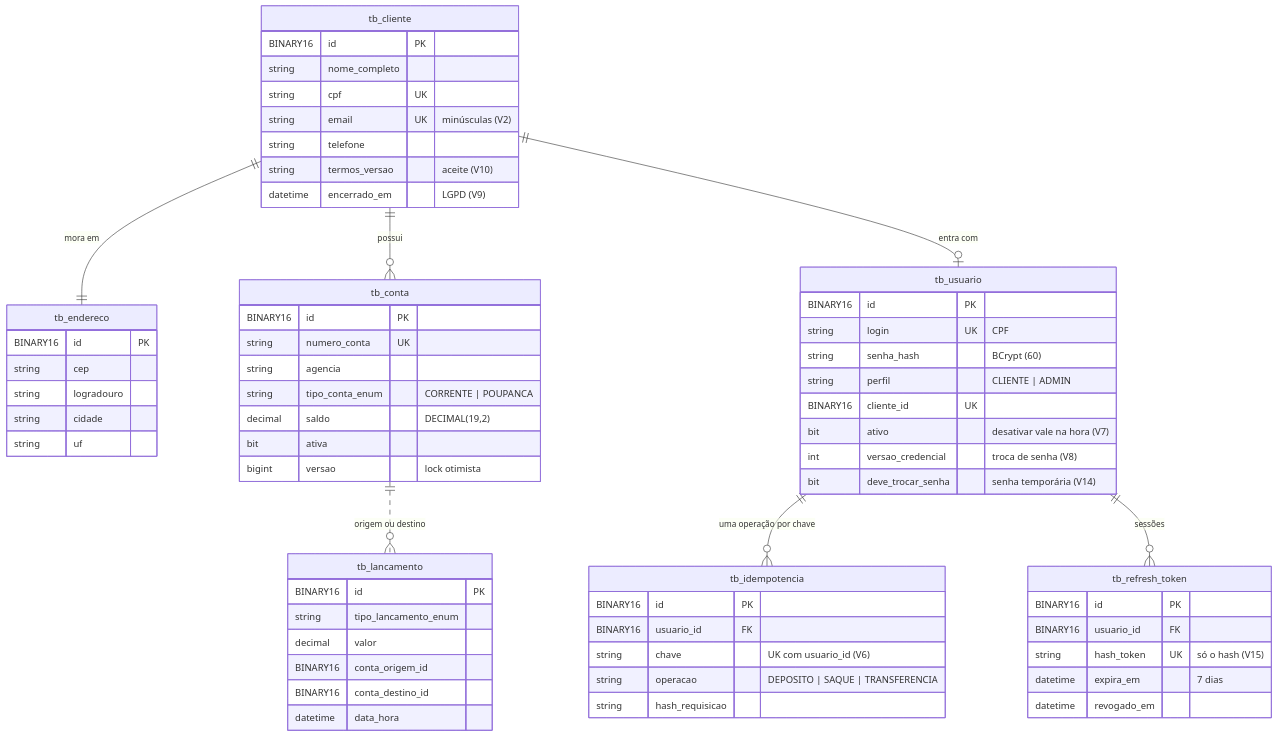
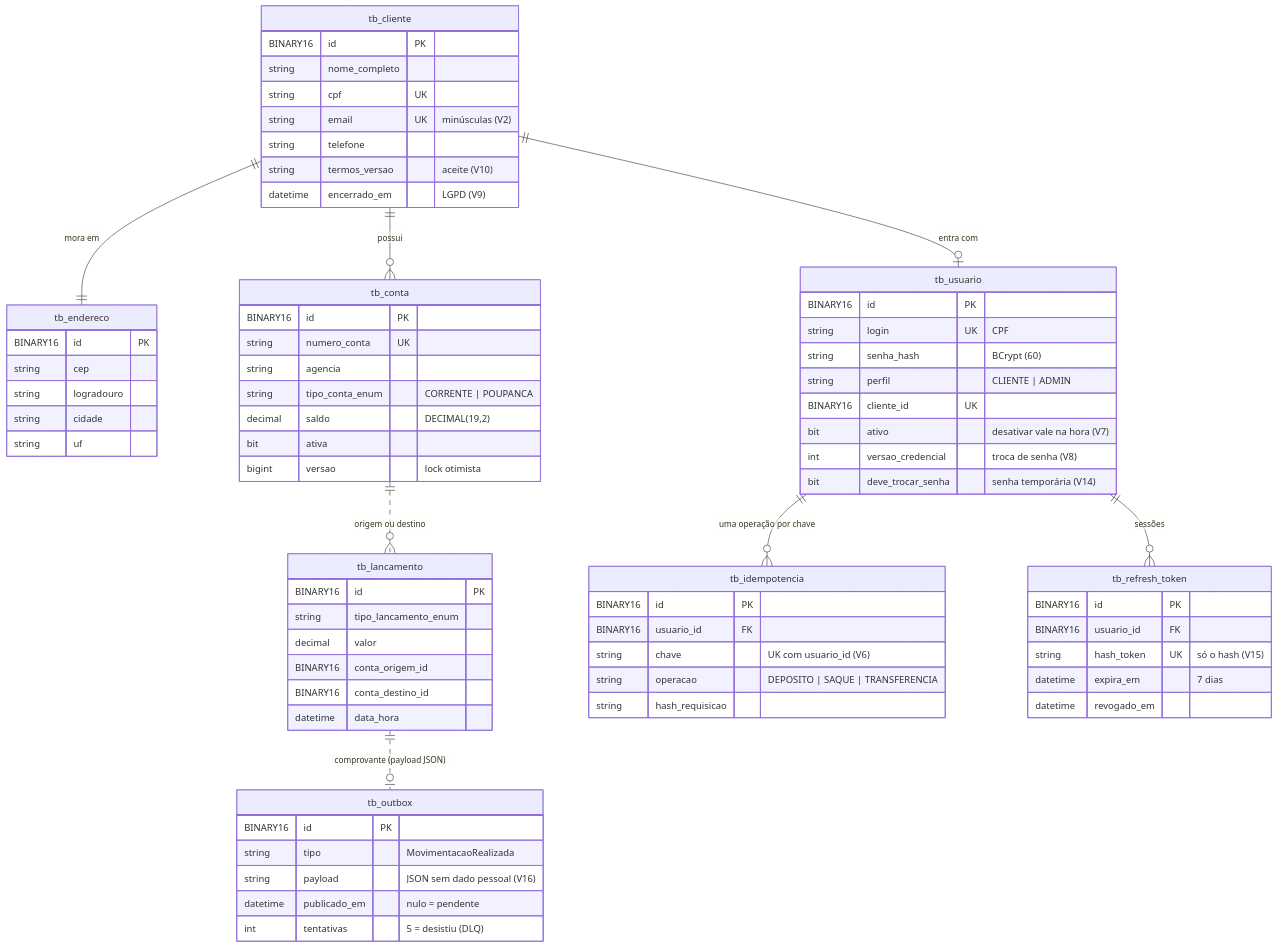
Diagram 11 of 17 in README.md (k3vinrich4rd/rkf_bank), drawn with Mermaid before and after one commit. The commit also changed other lines of this file and 17 other files, not shown here.

````diff
--- a/README.md
+++ b/README.md
@@ -1028,66 +1067,74 @@
 ```mermaid
 erDiagram
     tb_cliente ||--|| tb_endereco : "mora em"
     tb_cliente ||--o{ tb_conta : "possui"
     tb_cliente ||--o| tb_usuario : "entra com"
     tb_conta ||..o{ tb_lancamento : "origem ou destino"
     tb_usuario ||--o{ tb_idempotencia : "uma operação por chave"
     tb_usuario ||--o{ tb_refresh_token : "sessões"
+    tb_lancamento ||..o| tb_outbox : "comprovante (payload JSON)"
     tb_cliente {
         BINARY16 id PK
         string nome_completo
         string cpf UK
         string email UK "minúsculas (V2)"
         string telefone
         string termos_versao "aceite (V10)"
         datetime encerrado_em "LGPD (V9)"
     }
     tb_endereco {
         BINARY16 id PK
         string cep
         string logradouro
         string cidade
         string uf
     }
     tb_conta {
         BINARY16 id PK
         string numero_conta UK
         string agencia
         string tipo_conta_enum "CORRENTE | POUPANCA"
         decimal saldo "DECIMAL(19,2)"
         bit ativa
         bigint versao "lock otimista"
     }
     tb_usuario {
         BINARY16 id PK
         string login UK "CPF"
         string senha_hash "BCrypt (60)"
         string perfil "CLIENTE | ADMIN"
         BINARY16 cliente_id UK
         bit ativo "desativar vale na hora (V7)"
         int versao_credencial "troca de senha (V8)"
         bit deve_trocar_senha "senha temporária (V14)"
     }
     tb_idempotencia {
         BINARY16 id PK
         BINARY16 usuario_id FK
         string chave "UK com usuario_id (V6)"
         string operacao "DEPOSITO | SAQUE | TRANSFERENCIA"
         string hash_requisicao
     }
     tb_refresh_token {
         BINARY16 id PK
         BINARY16 usuario_id FK
         string hash_token UK "só o hash (V15)"
         datetime expira_em "7 dias"
         datetime revogado_em
     }
     tb_lancamento {
         BINARY16 id PK
         string tipo_lancamento_enum
         decimal valor
         BINARY16 conta_origem_id
         BINARY16 conta_destino_id
         datetime data_hora
     }
+    tb_outbox {
+        BINARY16 id PK
+        string tipo "MovimentacaoRealizada"
+        string payload "JSON sem dado pessoal (V16)"
+        datetime publicado_em "nulo = pendente"
+        int tentativas "5 = desistiu (DLQ)"
+    }
 ```
````
